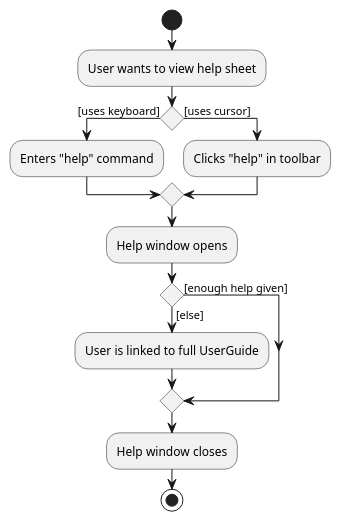
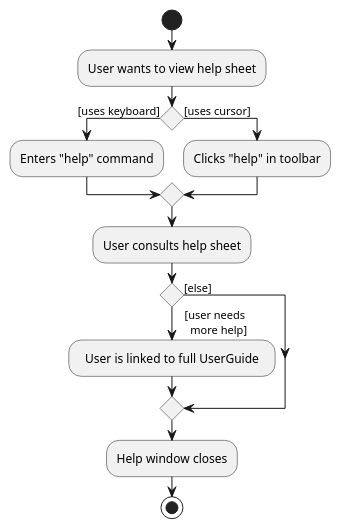
One commit to nus-cs2103-AY2223S2/tp changed the diagram in docs/diagrams/plantuml/HelpWindow.puml. Above: the diagram before and after it, drawn with PlantUML. The commit also changed 1 other file, not shown here.

Commit message:
Polished activity diagram

```diff
--- a/docs/diagrams/plantuml/HelpWindow.puml
+++ b/docs/diagrams/plantuml/HelpWindow.puml
@@ -1,23 +1,23 @@
 @startuml
 'https://plantuml.com/activity-diagram-beta
 
 start
 :User wants to view help sheet;
 if () then ([uses keyboard])
 :Enters "help" command;
 else ([uses cursor]);
 :Clicks "help" in toolbar;
 endif;
 
-:Help window opens;
+:User consults help sheet;
 
-if () then ([enough help given])
-
+if () then (   [user needs
+     more help])
+:  User is linked to full UserGuide  ;
 else ([else])
-:User is linked to full UserGuide;
 endif
 
 :Help window closes;
 stop
 
 @enduml
```
